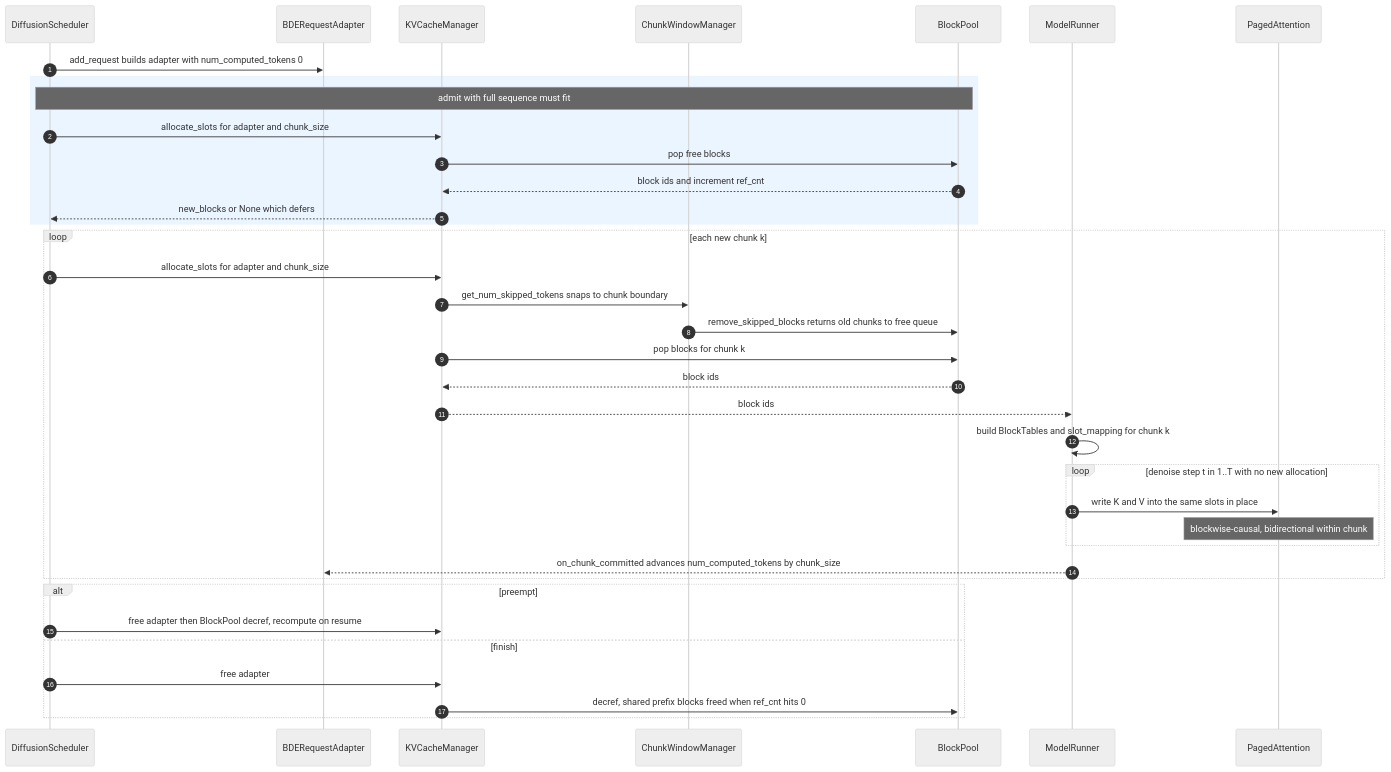
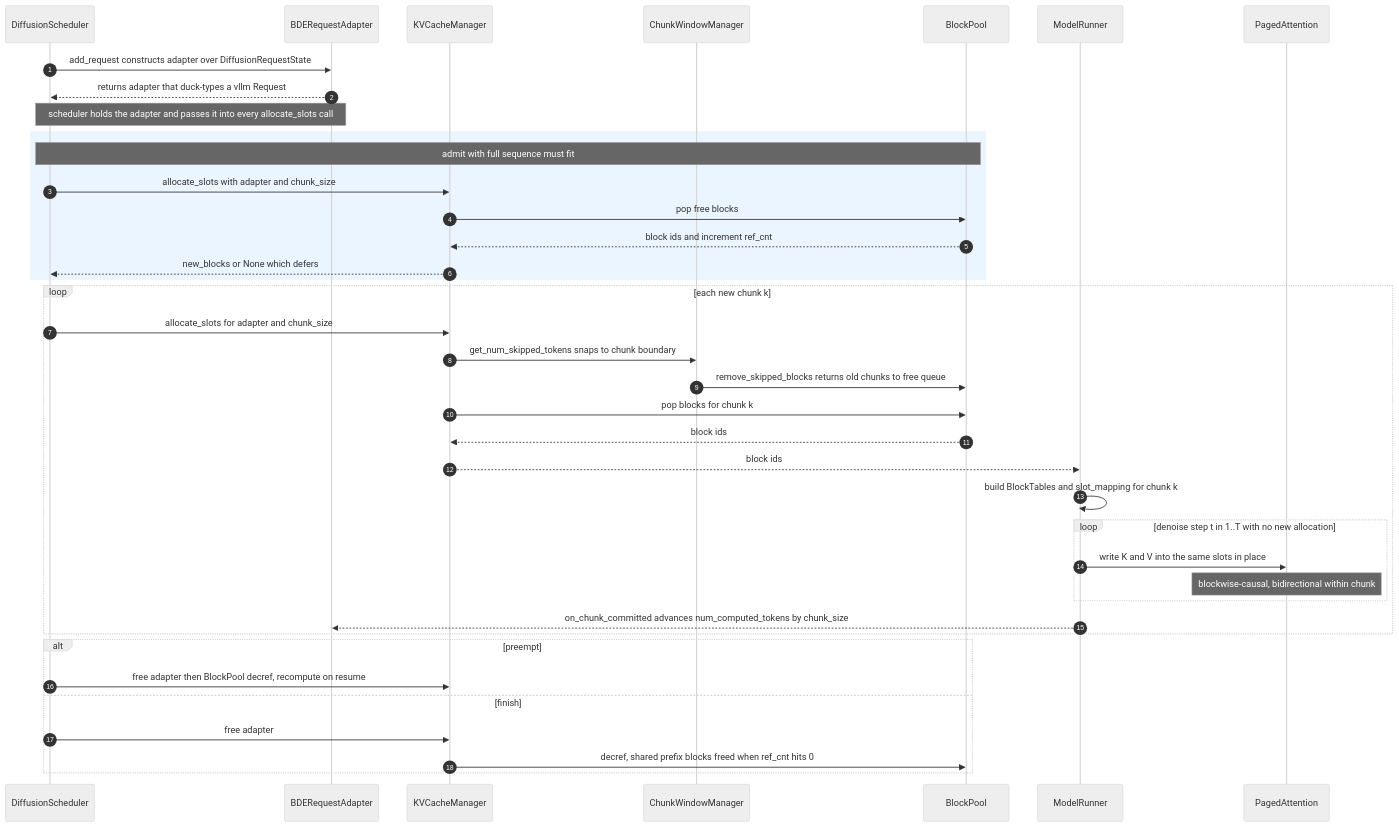
Before and after one commit to tzhouam/BDE_doc: the second of 2 diagrams in diffusion_kv_cache_management.md, drawn with Mermaid (neutral theme).

Commit message:
Show adapter return in BDE KV sequence diagram
Add the BDERequestAdapter->Scheduler return so the duck-typed Request the
scheduler passes into every allocate_slots call is explicit.

````diff
--- a/diffusion_kv_cache_management.md
+++ b/diffusion_kv_cache_management.md
@@ -759,44 +759,46 @@
 ```mermaid
 sequenceDiagram
     autonumber
     participant Sch as DiffusionScheduler
     participant Ad as BDERequestAdapter
     participant KM as KVCacheManager
     participant CW as ChunkWindowManager
     participant BP as BlockPool
     participant RN as ModelRunner
     participant PA as PagedAttention
 
-    Sch->>Ad: add_request builds adapter with num_computed_tokens 0
+    Sch->>Ad: add_request constructs adapter over DiffusionRequestState
+    Ad-->>Sch: returns adapter that duck-types a vllm Request
+    Note over Sch,Ad: scheduler holds the adapter and passes it into every allocate_slots call
 
     rect rgb(235,245,255)
     Note over Sch,BP: admit with full sequence must fit
-    Sch->>KM: allocate_slots for adapter and chunk_size
+    Sch->>KM: allocate_slots with adapter and chunk_size
     KM->>BP: pop free blocks
     BP-->>KM: block ids and increment ref_cnt
     KM-->>Sch: new_blocks or None which defers
     end
 
     loop each new chunk k
         Sch->>KM: allocate_slots for adapter and chunk_size
         KM->>CW: get_num_skipped_tokens snaps to chunk boundary
         CW->>BP: remove_skipped_blocks returns old chunks to free queue
         KM->>BP: pop blocks for chunk k
         BP-->>KM: block ids
         KM-->>RN: block ids
         RN->>RN: build BlockTables and slot_mapping for chunk k
 
         loop denoise step t in 1..T with no new allocation
             RN->>PA: write K and V into the same slots in place
             Note over PA: blockwise-causal, bidirectional within chunk
         end
         RN-->>Ad: on_chunk_committed advances num_computed_tokens by chunk_size
     end
 
     alt preempt
         Sch->>KM: free adapter then BlockPool decref, recompute on resume
     else finish
         Sch->>KM: free adapter
         KM->>BP: decref, shared prefix blocks freed when ref_cnt hits 0
     end
 ```
````
